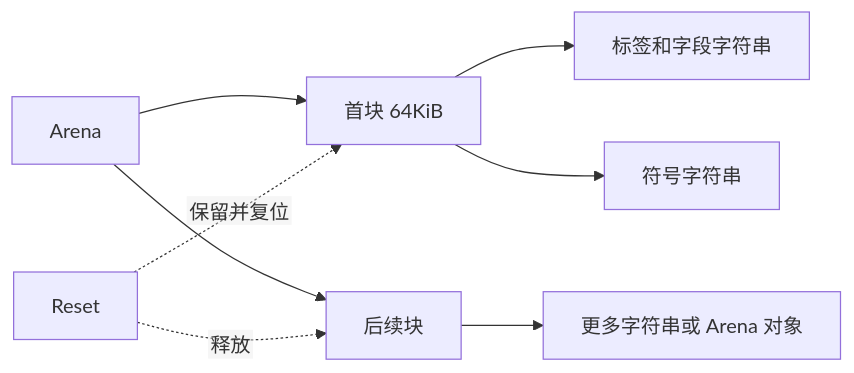
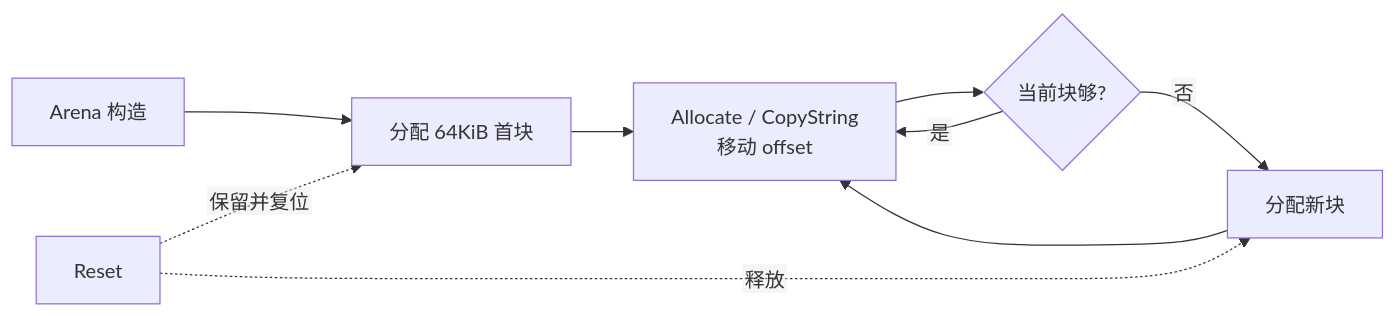
Before and after one commit to Franch-Toast/Scriptorium: the second of 3 diagrams in docs/document/撰修司/illuminator性能监控平台/设计方案/04-data-and-memory.md, drawn with Mermaid. The commit also changed other lines of this file and 20 other files, not shown here.

````diff
--- a/docs/document/撰修司/illuminator性能监控平台/设计方案/04-data-and-memory.md
+++ b/docs/document/撰修司/illuminator性能监控平台/设计方案/04-data-and-memory.md
@@ -106,11 +134,12 @@
 ```mermaid
 %%{init: {"flowchart":{"useMaxWidth":false,"htmlLabels":false}}}%%
 flowchart LR
-    A[Arena] --> B1[首块 64KiB]
-    A --> B2[后续块]
-    B1 --> S1[标签和字段字符串]
-    B1 --> S2[符号字符串]
-    B2 --> S3[更多字符串或 Arena 对象]
-    R[Reset] -.保留并复位.-> B1
-    R -.释放.-> B2
+    A["Arena 构造"] --> B["分配 64KiB 首块"]
+    B --> C["Allocate / CopyString<br/>移动 offset"]
+    C --> D{"当前块够?"}
+    D -- 是 --> C
+    D -- 否 --> E["分配新块"]
+    E --> C
+    R["Reset"] -.保留并复位.-> B
+    R -.释放.-> E
 ```
````
